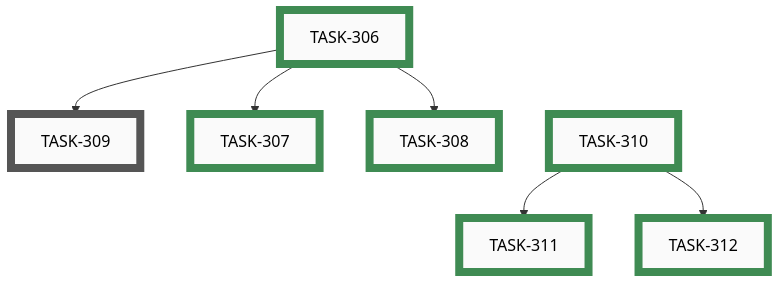
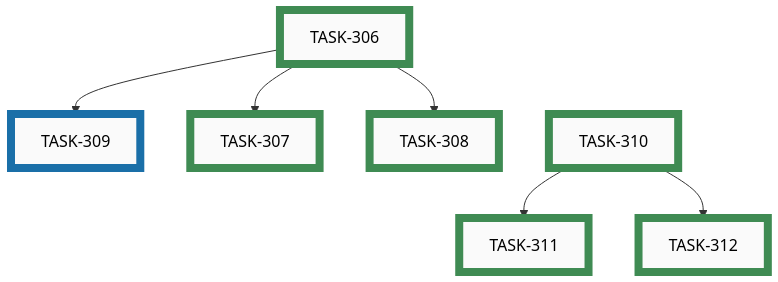
Before and after one commit to tgd1975/AwesomeStudioPedal: the fifth of 7 diagrams in docs/developers/tasks/EPICS.md, drawn with Mermaid. The commit also changed other lines of this file and 8 other files, not shown here.

First line of the commit message:
TASK-309: Flutter app support for independentActions

````diff
--- a/docs/developers/tasks/EPICS.md
+++ b/docs/developers/tasks/EPICS.md
@@ -162,31 +162,31 @@
 ```mermaid
 graph TD
-    TASK_309["TASK-309"]:::open
+    TASK_309["TASK-309"]:::active
     TASK_306["TASK-306"]:::closed
     TASK_307["TASK-307"]:::closed
     TASK_308["TASK-308"]:::closed
     TASK_310["TASK-310"]:::closed
     TASK_311["TASK-311"]:::closed
     TASK_312["TASK-312"]:::closed
     TASK_306 --> TASK_309
     TASK_306 --> TASK_307
     TASK_306 --> TASK_308
     TASK_310 --> TASK_311
     TASK_310 --> TASK_312
     TASK_306 ~~~ TASK_310
-    click TASK_309 "open/task-309-profile-independent-actions-flutter-app.md"
+    click TASK_309 "active/task-309-profile-independent-actions-flutter-app.md"
     click TASK_306 "closed/task-306-profile-independent-actions-firmware.md"
     click TASK_307 "closed/task-307-profile-independent-actions-simulator.md"
     click TASK_308 "closed/task-308-profile-independent-actions-config-builder.md"
     click TASK_310 "closed/task-310-configurable-ble-device-name-firmware.md"
     click TASK_311 "closed/task-311-configurable-ble-device-name-config-builder.md"
     click TASK_312 "closed/task-312-configurable-ble-device-name-flutter-app.md"
     classDef open    fill:#FAFAFA,stroke:#555,stroke-width:8px,color:#000
     classDef active  fill:#FAFAFA,stroke:#1A6FA8,stroke-width:8px,color:#000
     classDef closed  fill:#FAFAFA,stroke:#3F8B53,stroke-width:8px,color:#000
     classDef paused  fill:#FAFAFA,stroke:#B07810,stroke-width:8px,color:#000
     classDef openExt    fill:#000,stroke:#888,stroke-width:8px,color:#FFF
     classDef activeExt  fill:#000,stroke:#3FA9F5,stroke-width:8px,color:#FFF
     classDef closedExt  fill:#000,stroke:#7CC68A,stroke-width:8px,color:#FFF
     classDef pausedExt  fill:#000,stroke:#F0B030,stroke-width:8px,color:#FFF
 ```
````
